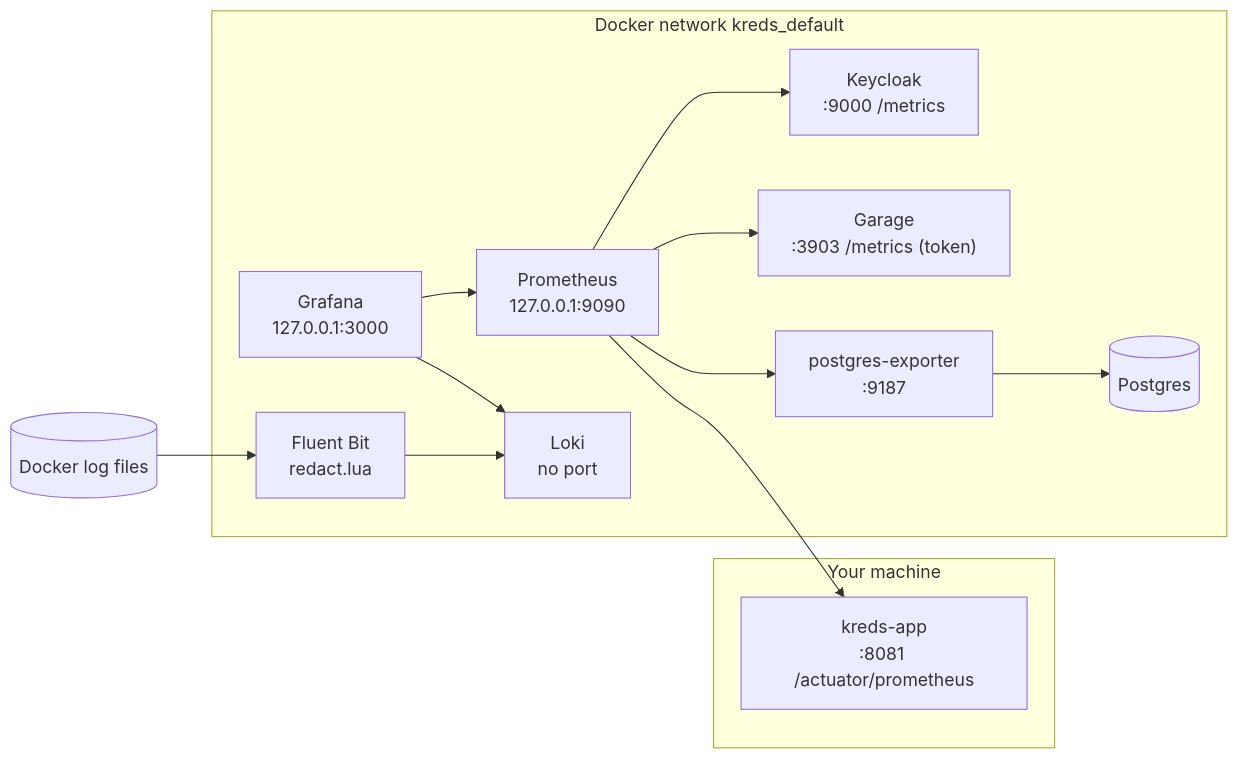
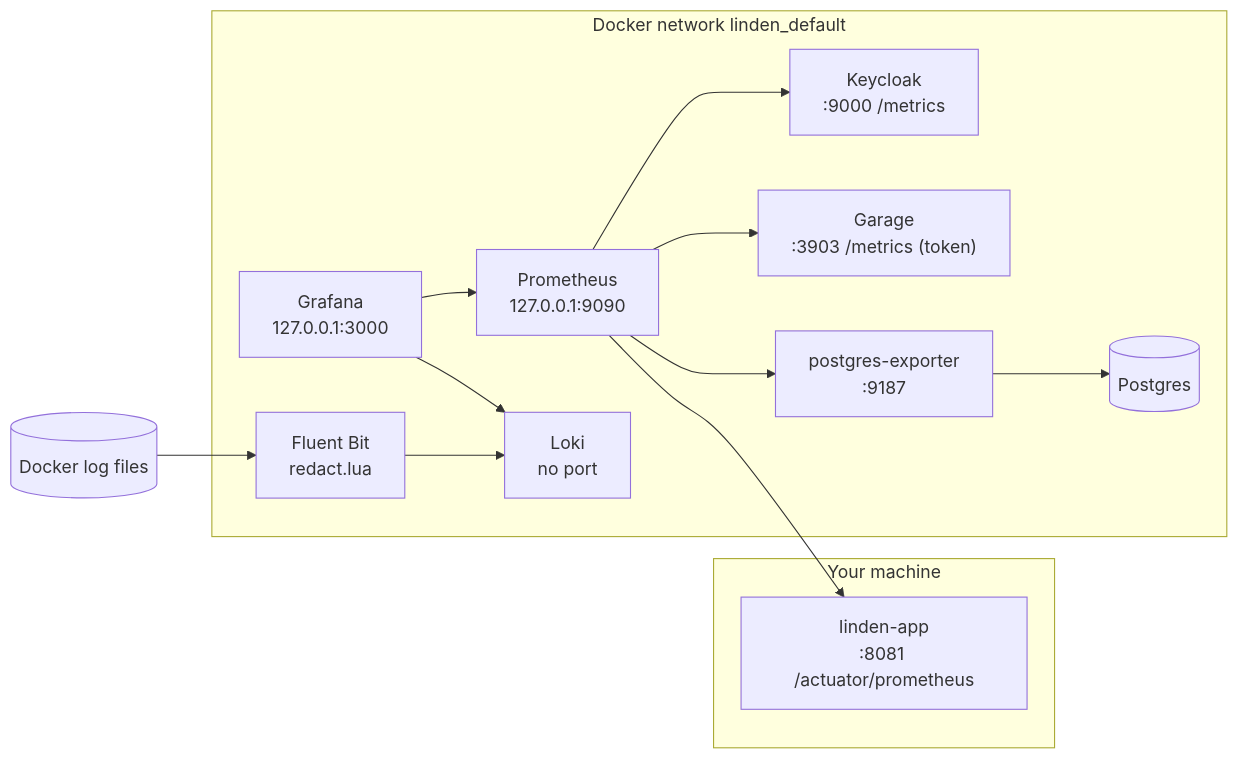
The diagram in docs/operations/monitoring.md (projectlinden/linden), drawn with Mermaid before and after one commit. The commit also changed other lines of this file and 114 other files, not shown here.

First line of the commit message:
chore: rename the code to linden (maven, packages, keycloak, postgres, docker, monitoring, docs) (#35)

````diff
--- a/docs/operations/monitoring.md
+++ b/docs/operations/monitoring.md
@@ -9,22 +9,22 @@
 ```mermaid
 flowchart LR
     subgraph host["Your machine"]
-        app["kreds-app<br/>:8081 /actuator/prometheus"]
+        app["linden-app<br/>:8081 /actuator/prometheus"]
     end
-    subgraph docker["Docker network kreds_default"]
+    subgraph docker["Docker network linden_default"]
         kc["Keycloak<br/>:9000 /metrics"]
         garage["Garage<br/>:3903 /metrics (token)"]
         pgx["postgres-exporter<br/>:9187"] --> pg[("Postgres")]
         prom["Prometheus<br/>127.0.0.1:9090"]
         grafana["Grafana<br/>127.0.0.1:3000"]
         fb["Fluent Bit<br/>redact.lua"]
         loki["Loki<br/>no port"]
     end
     logs[("Docker log files")] --> fb --> loki
     grafana --> prom
     grafana --> loki
     prom --> app
     prom --> kc
     prom --> garage
     prom --> pgx
 ```
````
